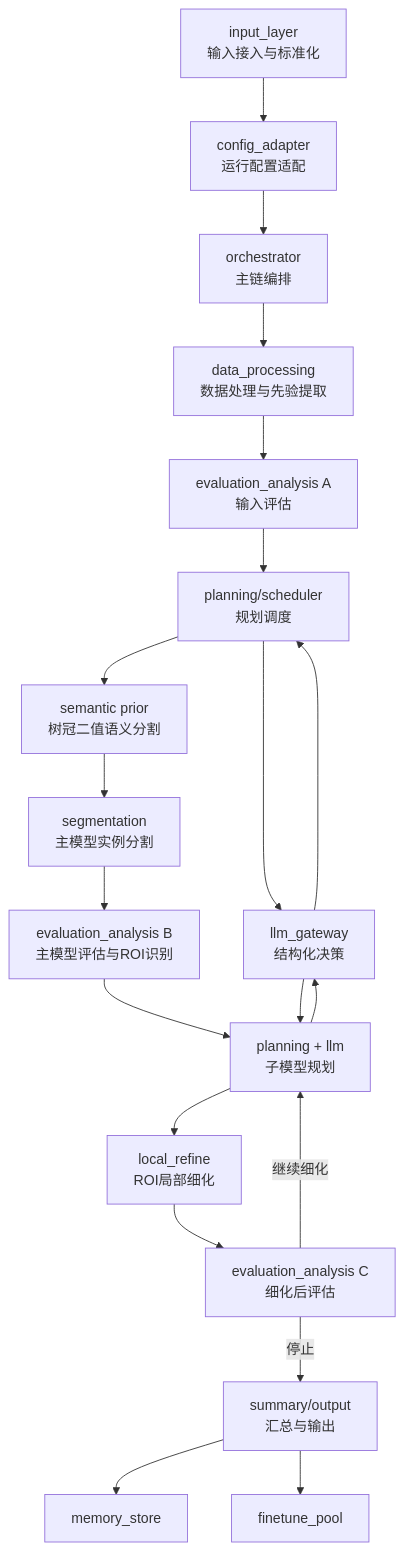
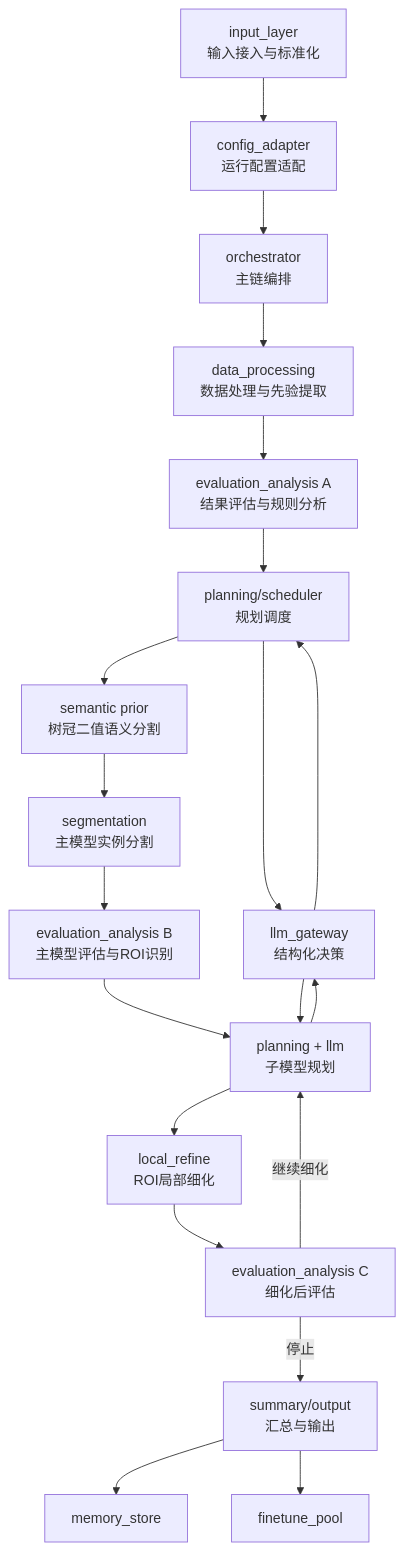
One commit to yijiahu2/ITD changed the first of 2 diagrams in docs/itd_agent_runtime_architecture_guide.md. Above: the diagram before and after it, drawn with Mermaid. The commit also changed other lines of this file and 4 other files, not shown here.

````diff
--- a/docs/itd_agent_runtime_architecture_guide.md
+++ b/docs/itd_agent_runtime_architecture_guide.md
@@ -28,39 +28,39 @@
 ```mermaid
 flowchart TD
     A[input_layer<br/>输入接入与标准化]
     B[config_adapter<br/>运行配置适配]
     C[orchestrator<br/>主链编排]
     D[data_processing<br/>数据处理与先验提取]
-    E[evaluation_analysis A<br/>输入评估]
+    E[evaluation_analysis A<br/>结果评估与规则分析]
     F[planning/scheduler<br/>规划调度]
     G[llm_gateway<br/>结构化决策]
     H[semantic prior<br/>树冠二值语义分割]
     I[segmentation<br/>主模型实例分割]
     J[evaluation_analysis B<br/>主模型评估与ROI识别]
     K[planning + llm<br/>子模型规划]
     L[local_refine<br/>ROI局部细化]
     M[evaluation_analysis C<br/>细化后评估]
     N[summary/output<br/>汇总与输出]
     O[memory_store]
     P[finetune_pool]
 
     A --> B
     B --> C
     C --> D
     D --> E
     E --> F
     F --> G
     G --> F
     F --> H
     H --> I
     I --> J
     J --> K
     K --> G
     G --> K
     K --> L
     L --> M
     M -->|继续细化| K
     M -->|停止| N
     N --> O
     N --> P
 ```
````
